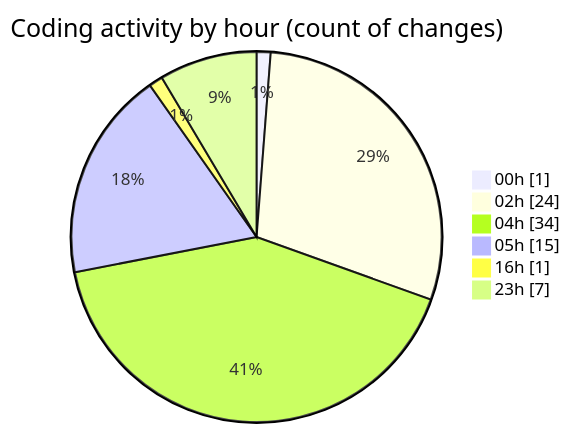
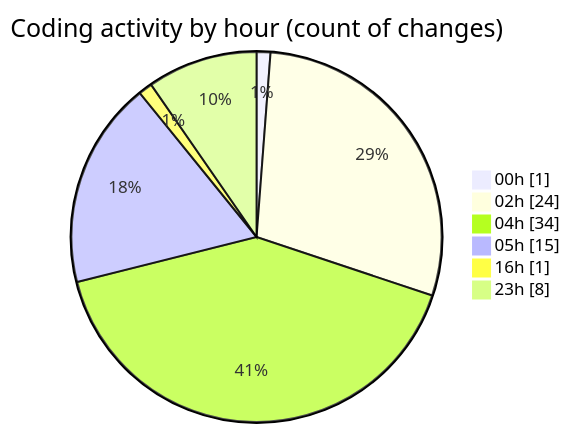
The second of 2 diagrams in 2025-11-23/eventscop-api-guide__workspace_/README.md (julien-gomy/code-tracking), drawn with Mermaid before and after one commit. The commit also changed other lines of this file and 1 other file, not shown here.

````diff
--- a/2025-11-23/eventscop-api-guide__workspace_/README.md
+++ b/2025-11-23/eventscop-api-guide__workspace_/README.md
@@ -39,10 +39,10 @@
 ```mermaid
 pie showData
 title Coding activity by hour (count of changes)
 "00h" : 1
 "02h" : 24
 "04h" : 34
 "05h" : 15
 "16h" : 1
-"23h" : 7
+"23h" : 8
 ```
````
